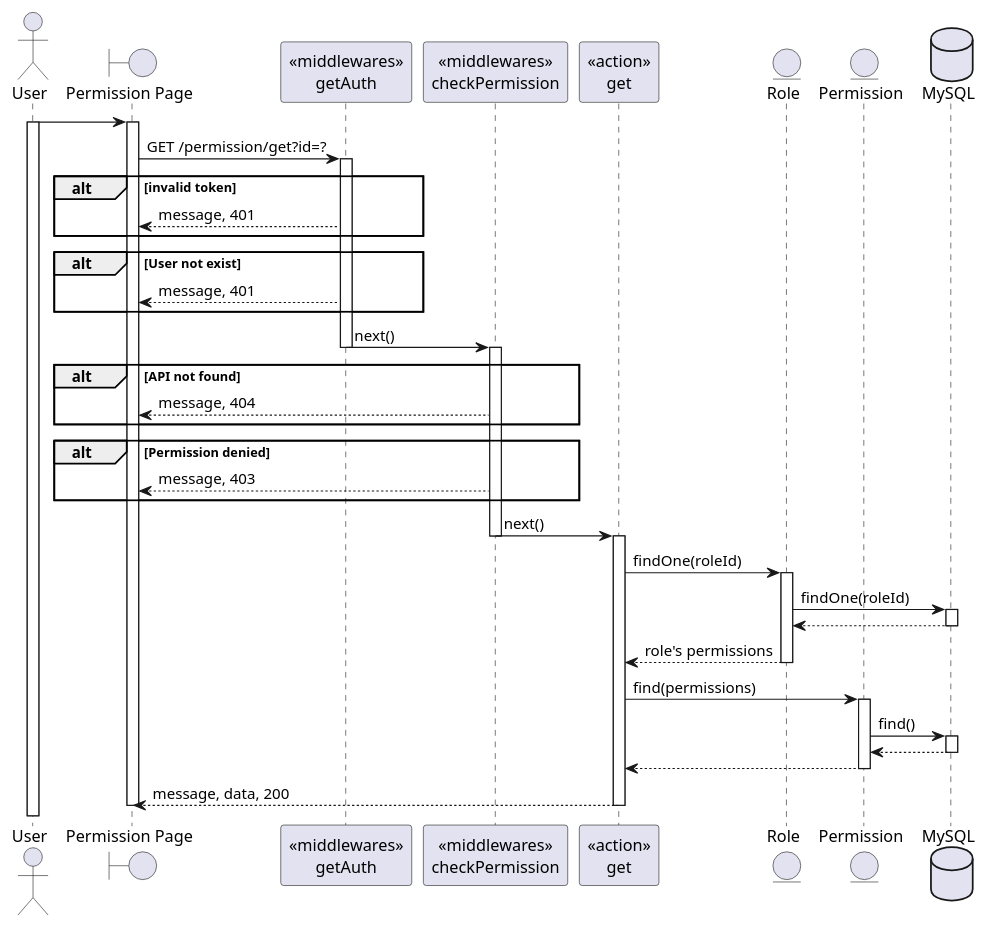
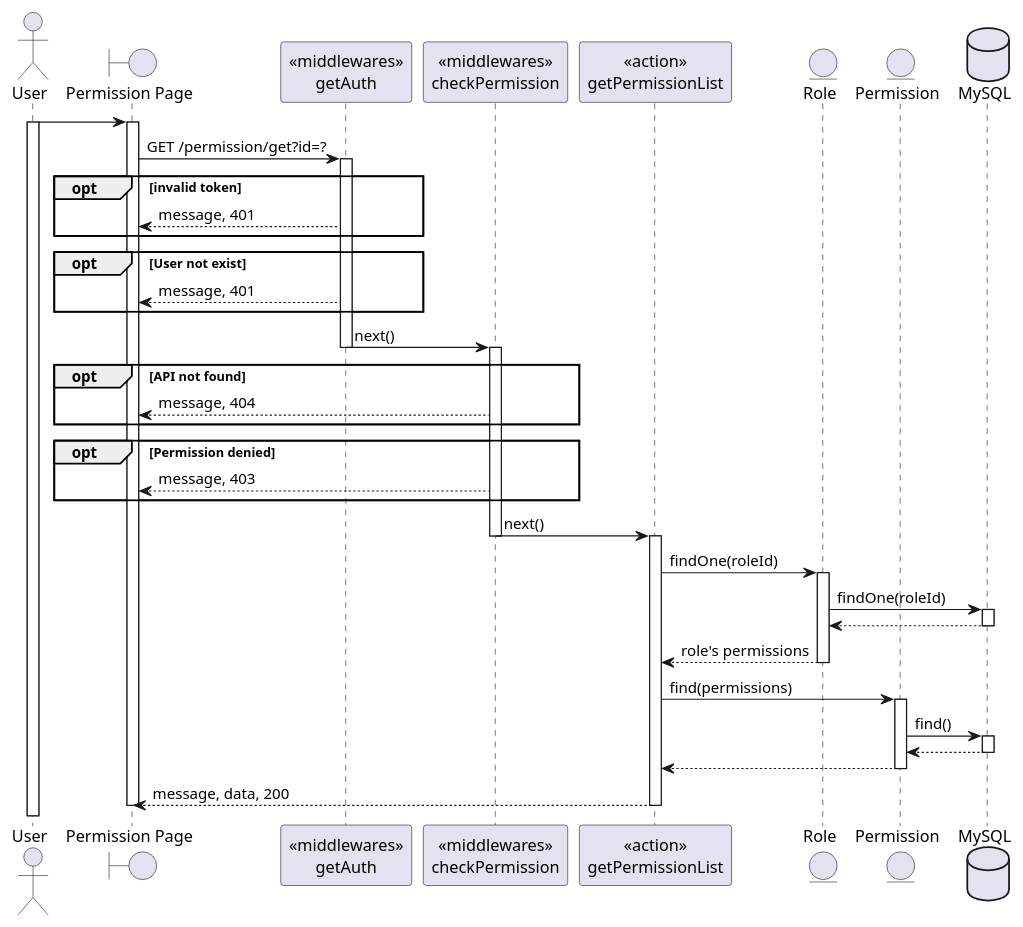
Before and after one commit to BunnyButtpowder/TeleLink-Original: the diagram in SequeceDiagram/auth/permissionList.wsd, drawn with PlantUML. The commit also changed 13 other files, not shown here.

Commit message:
sequence diagram

```diff
--- a/SequeceDiagram/auth/permissionList.wsd
+++ b/SequeceDiagram/auth/permissionList.wsd
@@ -1,56 +1,56 @@
 @startuml
 actor User
 boundary "Permission Page" as Client
 participant "<<middlewares>>\ngetAuth" as mid1
 participant "<<middlewares>>\ncheckPermission" as mid2
-participant "<<action>>\nget" as Controller
+participant "<<action>>\ngetPermissionList" as Controller
 entity "Role" as Model1
 entity "Permission" as Model2
 
 database "MySQL" as DB
 
 User -> Client: 
 activate User
 activate Client
 Client -> mid1: GET /permission/get?id=?
 activate mid1
-alt invalid token
+opt invalid token
     mid1 --> Client: message, 401
 end
-alt User not exist
+opt User not exist
     mid1 --> Client: message, 401
 end
 mid1 -> mid2: next()
 deactivate mid1
 activate mid2
-alt API not found
+opt API not found
     mid2 --> Client: message, 404
 end
-alt Permission denied
+opt Permission denied
     mid2 --> Client: message, 403
 end
 mid2 -> Controller: next()
 deactivate mid2
 activate Controller
 
 Controller -> Model1: findOne(roleId)
 activate Model1
 Model1 -> DB: findOne(roleId)
 activate DB
 DB --> Model1
 deactivate DB
 Model1 --> Controller: role's permissions
 deactivate Model1
 Controller -> Model2: find(permissions)
 activate Model2
 Model2 -> DB: find()
 activate DB
 DB --> Model2
 deactivate DB
 Model2 --> Controller
 deactivate Model2
 Controller --> Client: message, data, 200
 deactivate Controller
 deactivate Client
 
 @enduml
```
